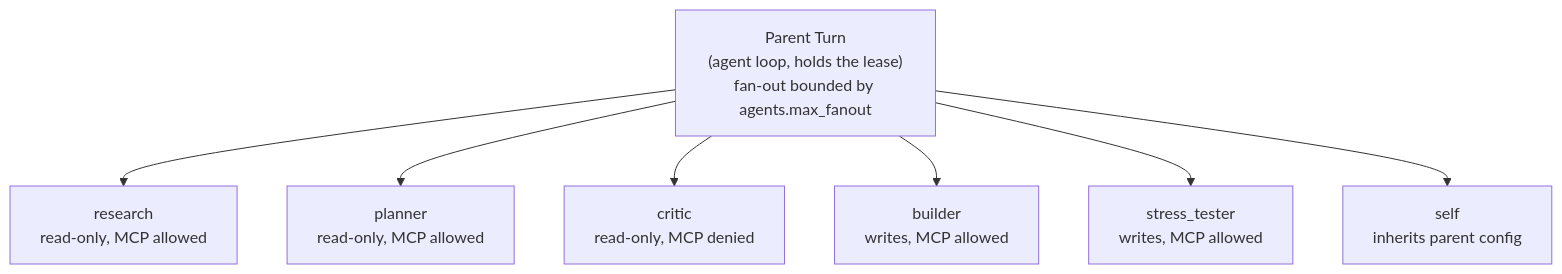
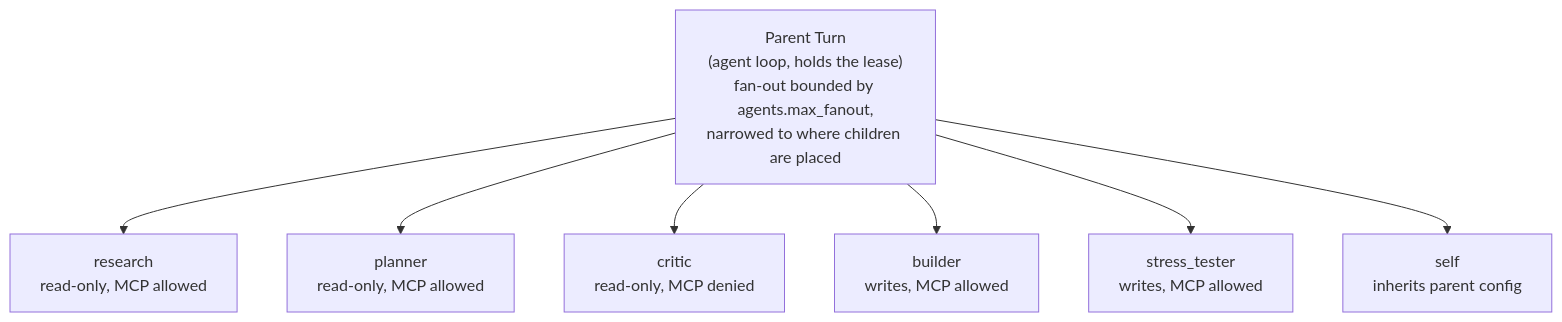
Before and after one commit to bharathvbcr/Manvi: the third of 6 diagrams in docs/AGENT_AND_TURN_LIFECYCLE.md, drawn with Mermaid. The commit also changed 3 other files, not shown here.

````diff
--- a/docs/AGENT_AND_TURN_LIFECYCLE.md
+++ b/docs/AGENT_AND_TURN_LIFECYCLE.md
@@ -156,14 +156,14 @@
 ```mermaid
 flowchart TB
-    Parent["Parent Turn<br/>(agent loop, holds the lease)<br/>fan-out bounded by agents.max_fanout"]
+    Parent["Parent Turn<br/>(agent loop, holds the lease)<br/>fan-out bounded by agents.max_fanout,<br/>narrowed to where children are placed"]
 
     Research["research<br/>read-only, MCP allowed"]
     Planner["planner<br/>read-only, MCP allowed"]
     Critic["critic<br/>read-only, MCP denied"]
     Builder["builder<br/>writes, MCP allowed"]
     Stress["stress_tester<br/>writes, MCP allowed"]
     Self["self<br/>inherits parent config"]
 
     Parent --> Research & Planner & Critic
     Parent --> Builder & Stress & Self
 ```
````
